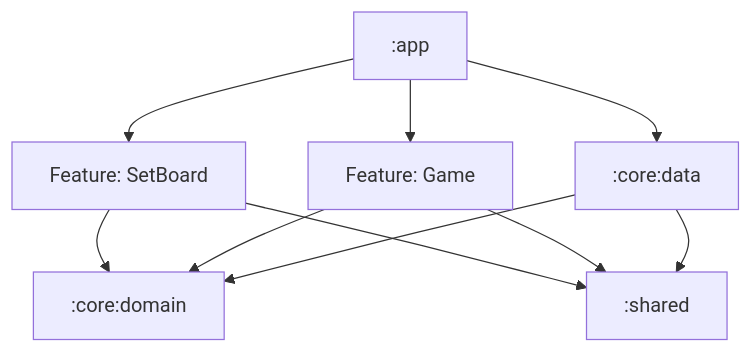
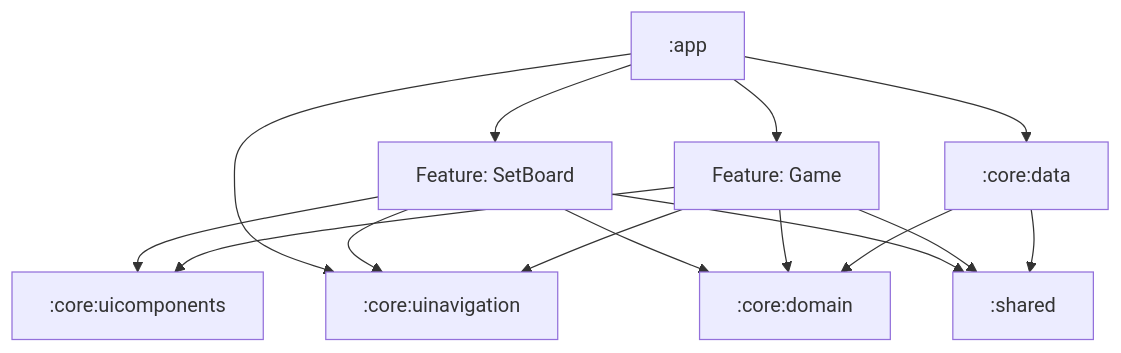
Before and after one commit to pdepizarro/nqueens: the diagram in README.md, drawn with Mermaid. The commit also changed other lines of this file, not shown here.

````diff
--- a/README.md
+++ b/README.md
@@ -89,22 +101,29 @@
 ```mermaid
 graph TD
   A[:app] --> B[Feature: SetBoard]
   A --> C[Feature: Game]
+
+  %% Reusable UI libraries
+  B --> UIC[:core:uicomponents]
+  C --> UIC
+
+  %% Navigation helpers
+  A --> UIN[:core:uinavigation]
+  B --> UIN
+  C --> UIN
 
   %% Presentation/UI depends on Domain
   B --> D[:core:domain]
   C --> D
 
   %% Data depends on Domain (implements repository contracts)
   E[:core:data] --> D
 
   %% App composes data + features (DI wiring)
   A --> E
 
-  %% Optional shared module used by features
+  %% Optional shared module used by features and data
   B --> F[:shared]
   C --> F
-
-  %% Data may also use shared mapping utilities (optional)
   E --> F
 ```
````
